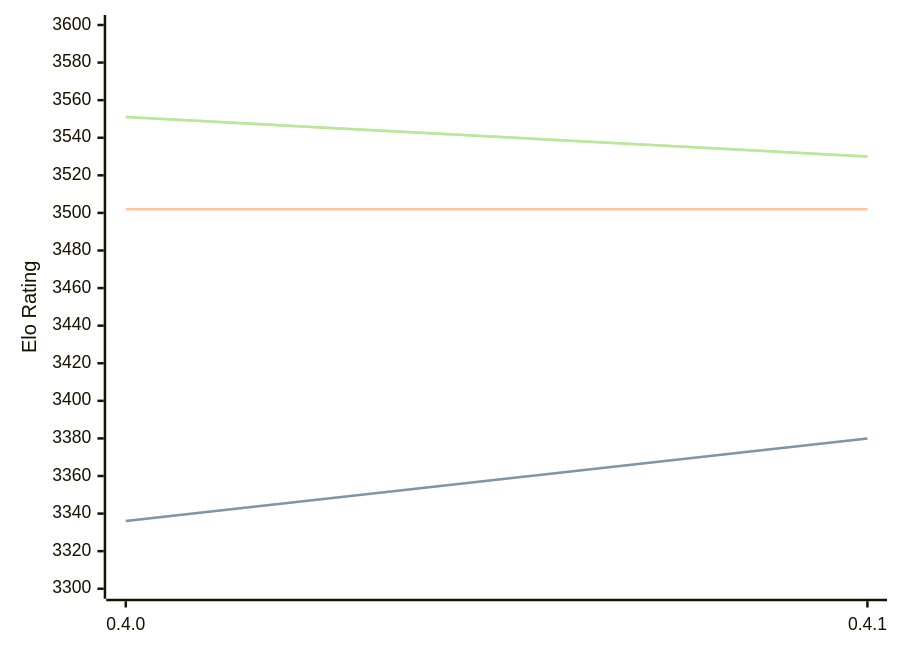
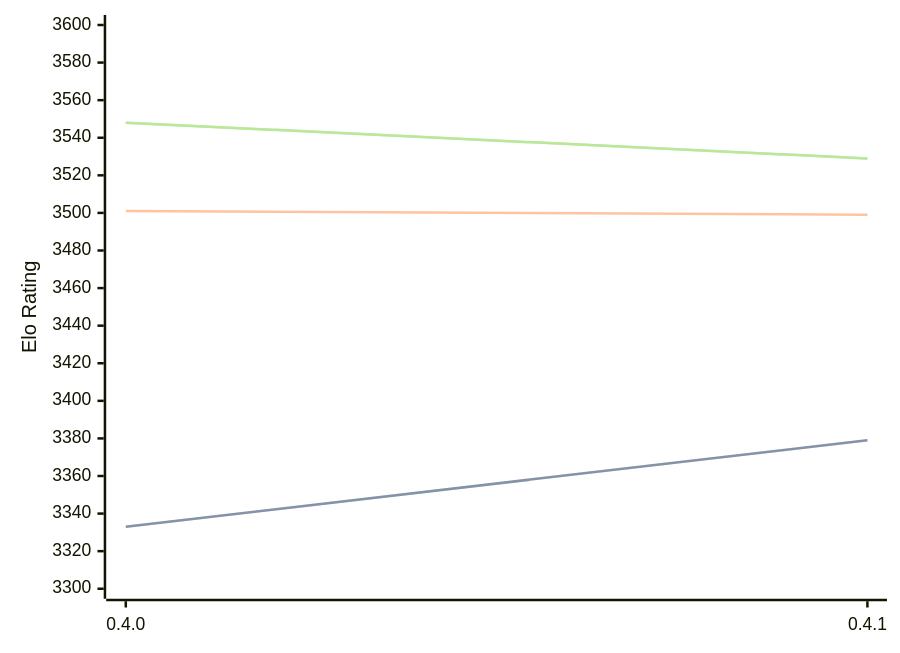
The diagram in engines/Cinder.md (computer-chess-index/cci), drawn with Mermaid before and after one commit. The commit also changed other lines of this file, not shown here.

Commit message:
Update CCI Ratings (ELO VLTC) - 2026-03-31

````diff
--- a/engines/Cinder.md
+++ b/engines/Cinder.md
@@ -40,11 +40,11 @@
 ```mermaid
 %%{init: {"theme":"base","themeVariables":{"seriesColors:['#a3a3a3','#222221','#faa371']}}}%%
 xychart-beta
   x-axis ["0.4.0", "0.4.1"]
   y-axis "Elo Rating" 3300 --> 3600
-  line "STC (8.0+0.08s)" [3336, 3380]
-  line "STC (8.0+0.08s)" [3336, 3380]
-  line "LTC (60.0+0.60s)" [3502, 3502]
-  line "VLTC (2m24s+1.12s)" [3551, 3530]
-  line "VLTC (2m24s+1.12s)" [3551, 3530]
+  line "STC (8.0+0.08s)" [3333, 3379]
+  line "STC (8.0+0.08s)" [3333, 3379]
+  line "LTC (60.0+0.60s)" [3501, 3499]
+  line "VLTC (2m24s+1.12s)" [3548, 3529]
+  line "VLTC (2m24s+1.12s)" [3548, 3529]
 ```
````
